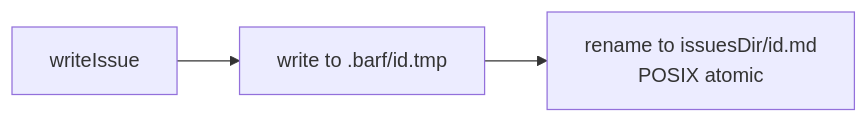
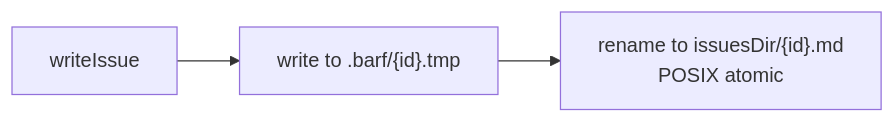
Before and after one commit to vx-daniel/barf-ts: the second of 2 diagrams in resources/architecture/providers.md, drawn with Mermaid. The commit also changed other lines of this file and 16 other files, not shown here.

````diff
--- a/resources/architecture/providers.md
+++ b/resources/architecture/providers.md
@@ -56,5 +57,5 @@
 ```mermaid
 flowchart LR
-    A[writeIssue] --> B["write to .barf/id.tmp"]
-    B --> C["rename to issuesDir/id.md\nPOSIX atomic"]
+    A[writeIssue] --> B["write to .barf/{id}.tmp"]
+    B --> C["rename to issuesDir/{id}.md\nPOSIX atomic"]
 ```
````
